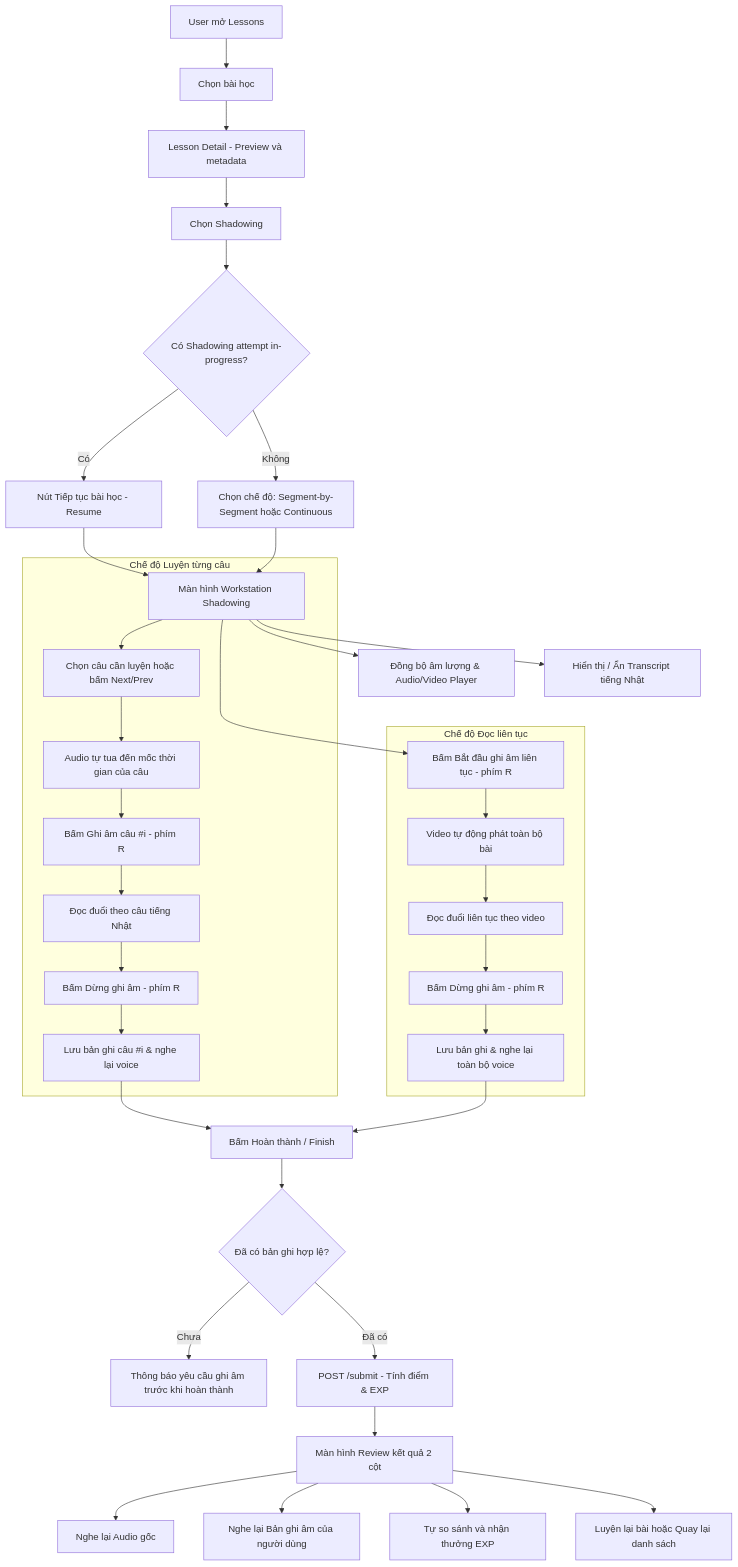
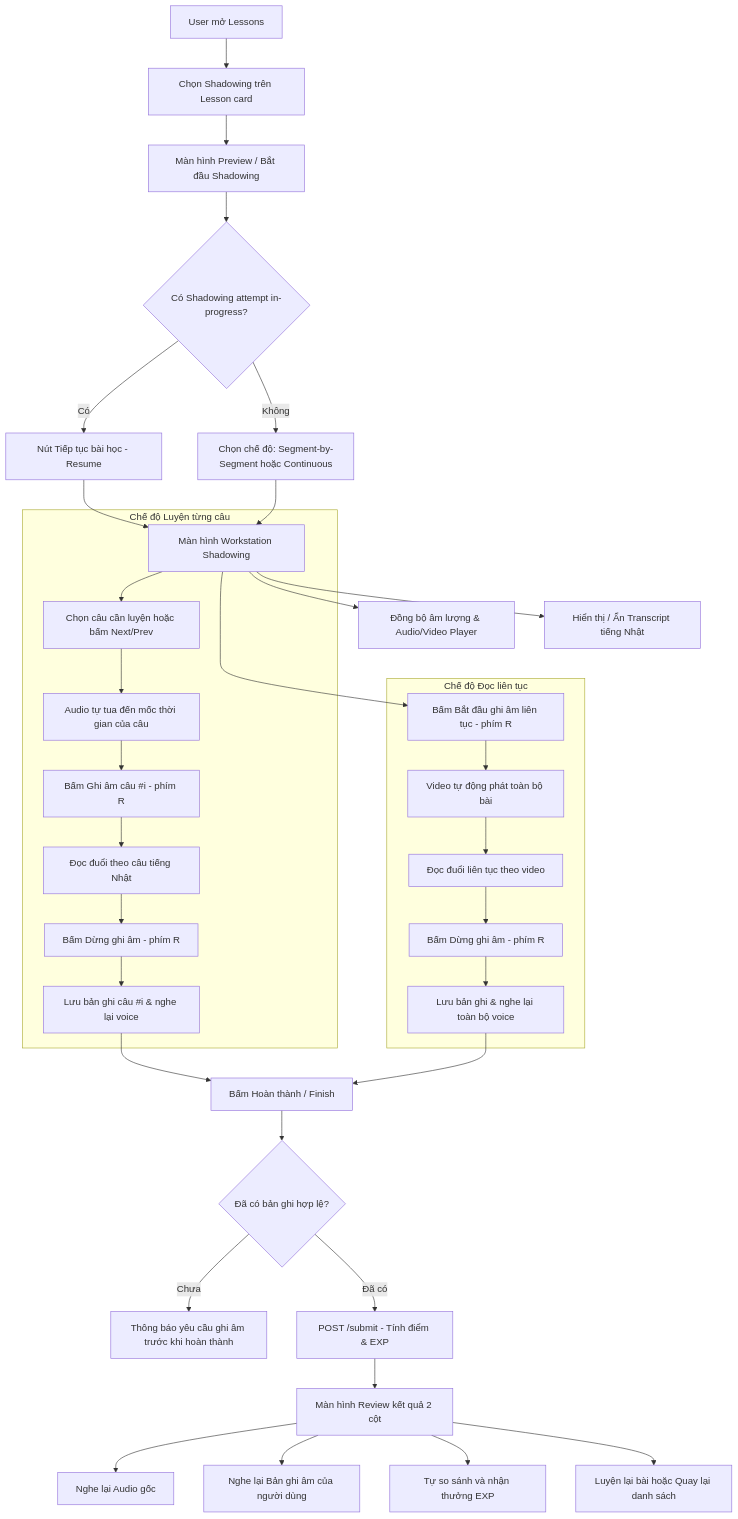
Before and after one commit to mrthinh307/kaiwa-up: the fifth of 14 diagrams in docs/03-user-flow.md, drawn with Mermaid. The commit also changed other lines of this file, not shown here.

Commit message:
fix(docs): clarify lesson navigation and practice method actions in user flow

````diff
--- a/docs/03-user-flow.md
+++ b/docs/03-user-flow.md
@@ -170,45 +170,44 @@
 ```mermaid
 flowchart TD
-    A[User mở Lessons] --> B[Chọn bài học]
-    B --> C[Lesson Detail - Preview và metadata]
-    C --> C1[Chọn Shadowing]
+    A[User mở Lessons] --> B[Chọn Shadowing trên Lesson card]
+    B --> C1[Màn hình Preview / Bắt đầu Shadowing]
 
     C1 --> D{Có Shadowing attempt in-progress?}
     D -- Có --> E[Nút Tiếp tục bài học - Resume]
     D -- Không --> F[Chọn chế độ: Segment-by-Segment hoặc Continuous]
     E --> G[Màn hình Workstation Shadowing]
     F --> G
 
     G --> H[Đồng bộ âm lượng & Audio/Video Player]
     G --> I[Hiển thị / Ẩn Transcript tiếng Nhật]
 
     subgraph SegmentPractice [Chế độ Luyện từng câu]
         G --> J1[Chọn câu cần luyện hoặc bấm Next/Prev]
         J1 --> K1[Audio tự tua đến mốc thời gian của câu]
         K1 --> L1[Bấm Ghi âm câu #i - phím R]
         L1 --> M1[Đọc đuổi theo câu tiếng Nhật]
         M1 --> N1[Bấm Dừng ghi âm - phím R]
         N1 --> O1[Lưu bản ghi câu #i & nghe lại voice]
     end
 
     subgraph ContinuousPractice [Chế độ Đọc liên tục]
         G --> J2[Bấm Bắt đầu ghi âm liên tục - phím R]
         J2 --> K2[Video tự động phát toàn bộ bài]
         K2 --> L2[Đọc đuổi liên tục theo video]
         L2 --> M2[Bấm Dừng ghi âm - phím R]
         M2 --> N2[Lưu bản ghi & nghe lại toàn bộ voice]
     end
 
     O1 --> P[Bấm Hoàn thành / Finish]
     N2 --> P
 
     P --> Q{Đã có bản ghi hợp lệ?}
     Q -- Chưa --> R[Thông báo yêu cầu ghi âm trước khi hoàn thành]
     Q -- Đã có --> S[POST /submit - Tính điểm & EXP]
 
     S --> T[Màn hình Review kết quả 2 cột]
     T --> U[Nghe lại Audio gốc]
     T --> V[Nghe lại Bản ghi âm của người dùng]
     T --> W[Tự so sánh và nhận thưởng EXP]
     T --> X[Luyện lại bài hoặc Quay lại danh sách]
 ```
````
